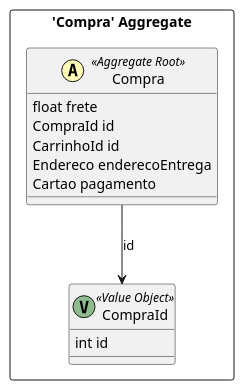
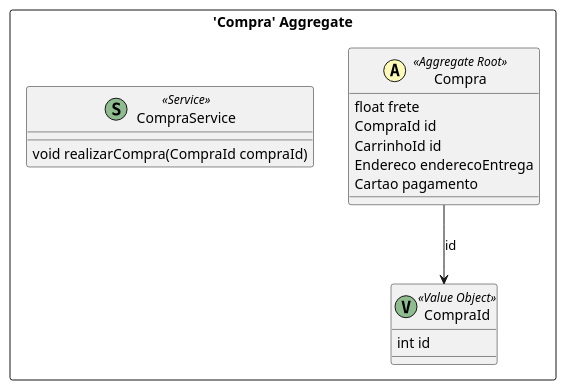
Before and after one commit to VictorHTenorio/Requisitos-Projeto-de-Software-e-Valida-o: the diagram in ContextMapper/src-gen/ContextMapper_BC_Loja_Compra.puml, drawn with PlantUML. The commit also changed 10 other files, not shown here.

```diff
--- a/ContextMapper/src-gen/ContextMapper_BC_Loja_Compra.puml
+++ b/ContextMapper/src-gen/ContextMapper_BC_Loja_Compra.puml
@@ -1,20 +1,23 @@
 @startuml
 
 skinparam componentStyle uml2
 
 package "'Compra' Aggregate" <<Rectangle>> {
 	class Compra <<(A,#fffab8) Aggregate Root>> {
 		float frete
 		CompraId id
 		CarrinhoId id
 		Endereco enderecoEntrega
 		Cartao pagamento
 	}
 	class CompraId <<(V,DarkSeaGreen) Value Object>> {
 		int id
 	}
+	class CompraService <<(S,DarkSeaGreen) Service>> {
+		void realizarCompra(CompraId compraId)
+	}
 }
 Compra --> CompraId : id
 
 
 @enduml
```
